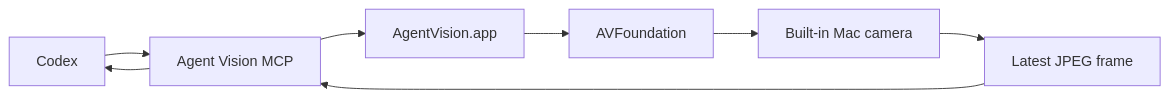
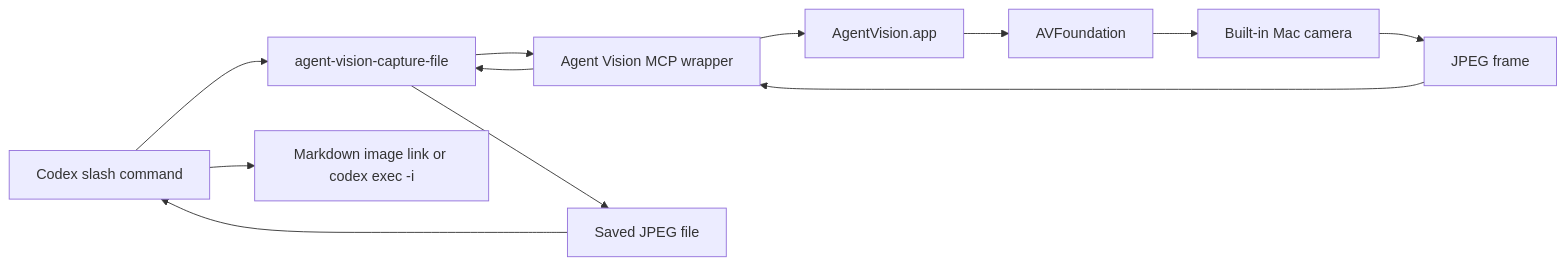
One commit to zfifteen/agent-vision changed the diagram in README.md. Above: the diagram before and after it, drawn with Mermaid. The commit also changed other lines of this file and 6 other files, not shown here.

Commit message:
Document Agent Vision file materialization contract

````diff
--- a/README.md
+++ b/README.md
@@ -199,10 +199,14 @@
 ```mermaid
 flowchart LR
-  A["Codex"] --> B["Agent Vision MCP"]
-  B --> C["AgentVision.app"]
-  C --> D["AVFoundation"]
-  D --> E["Built-in Mac camera"]
-  E --> F["Latest JPEG frame"]
-  F --> B
-  B --> A
+  A["Codex slash command"] --> B["agent-vision-capture-file"]
+  B --> C["Agent Vision MCP wrapper"]
+  C --> D["AgentVision.app"]
+  D --> E["AVFoundation"]
+  E --> F["Built-in Mac camera"]
+  F --> G["JPEG frame"]
+  G --> C
+  C --> B
+  B --> H["Saved JPEG file"]
+  H --> A
+  A --> I["Markdown image link or codex exec -i"]
 ```
````
